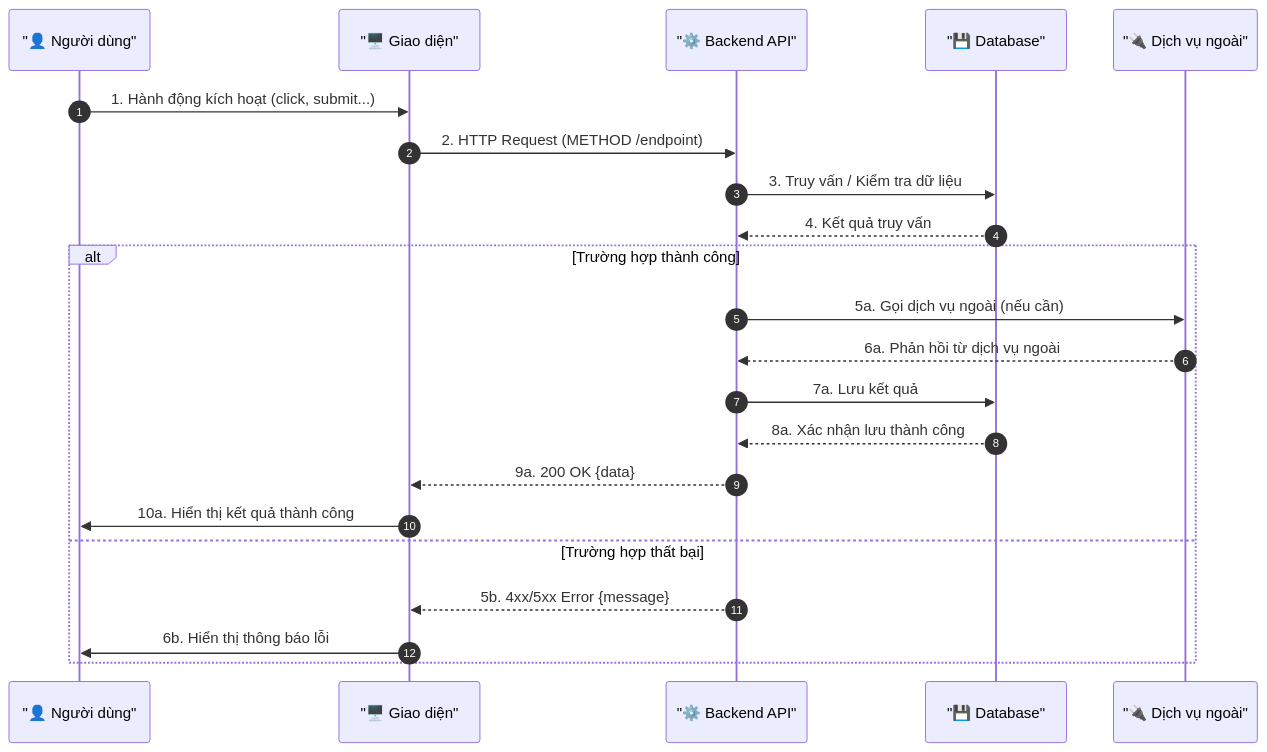
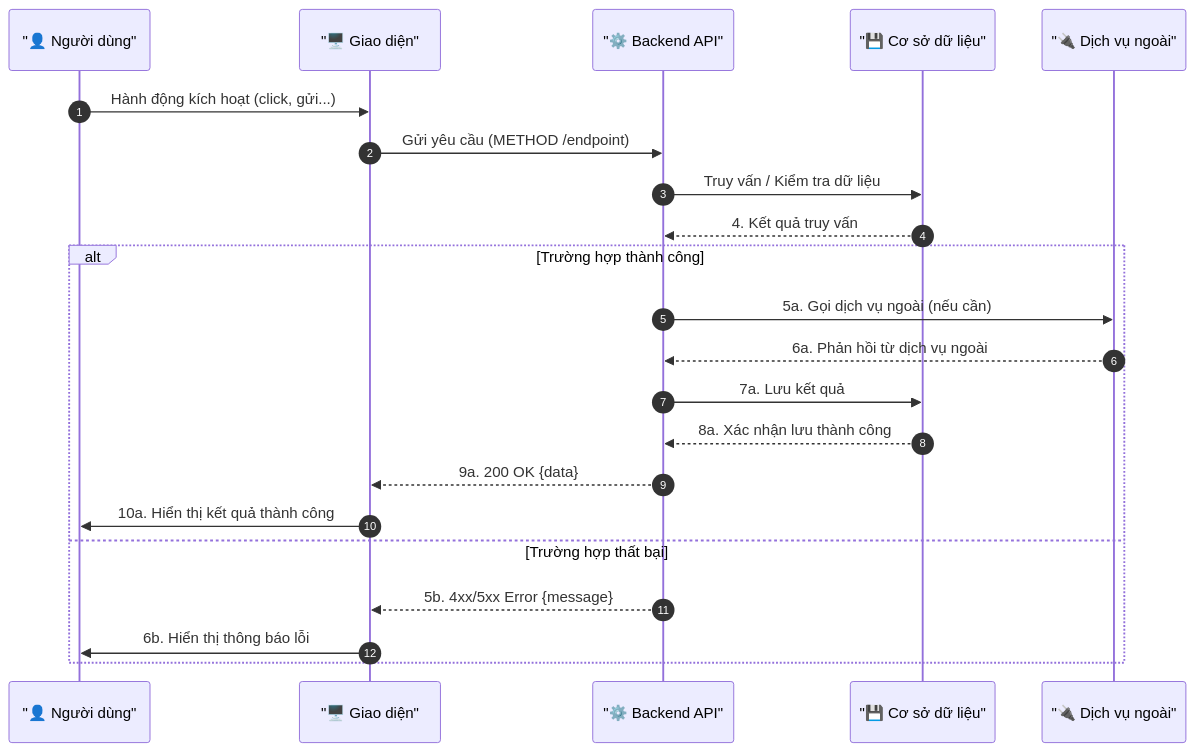
One commit to Haign12/LuxRoom changed the sixth of 13 diagrams in docs/ba_portfolio/BA_Complete_Documentation.md. Above: the diagram before and after it, drawn with Mermaid. The commit also changed other lines of this file and 11073 other files, not shown here.

````diff
--- a/docs/ba_portfolio/BA_Complete_Documentation.md
+++ b/docs/ba_portfolio/BA_Complete_Documentation.md
@@ -540,30 +544,30 @@
 ```mermaid
 sequenceDiagram
     autonumber
     participant U as "👤 Người dùng"
     participant UI as "🖥️ Giao diện"
     participant API as "⚙️ Backend API"
-    participant DB as "💾 Database"
+    participant DB as "💾 Cơ sở dữ liệu"
     participant EXT as "🔌 Dịch vụ ngoài"
 
-    U->>UI: 1. Hành động kích hoạt (click, submit...)
-    UI->>API: 2. HTTP Request (METHOD /endpoint)
+    U->>UI: Hành động kích hoạt (click, gửi...)
+    UI->>API: Gửi yêu cầu (METHOD /endpoint)
 
-    API->>DB: 3. Truy vấn / Kiểm tra dữ liệu
+    API->>DB: Truy vấn / Kiểm tra dữ liệu
     DB-->>API: 4. Kết quả truy vấn
 
     alt Trường hợp thành công
         API->>EXT: 5a. Gọi dịch vụ ngoài (nếu cần)
         EXT-->>API: 6a. Phản hồi từ dịch vụ ngoài
 
         API->>DB: 7a. Lưu kết quả
         DB-->>API: 8a. Xác nhận lưu thành công
 
         API-->>UI: 9a. 200 OK {data}
         UI->>U: 10a. Hiển thị kết quả thành công
 
     else Trường hợp thất bại
         API-->>UI: 5b. 4xx/5xx Error {message}
         UI->>U: 6b. Hiển thị thông báo lỗi
     end
 ```
````
